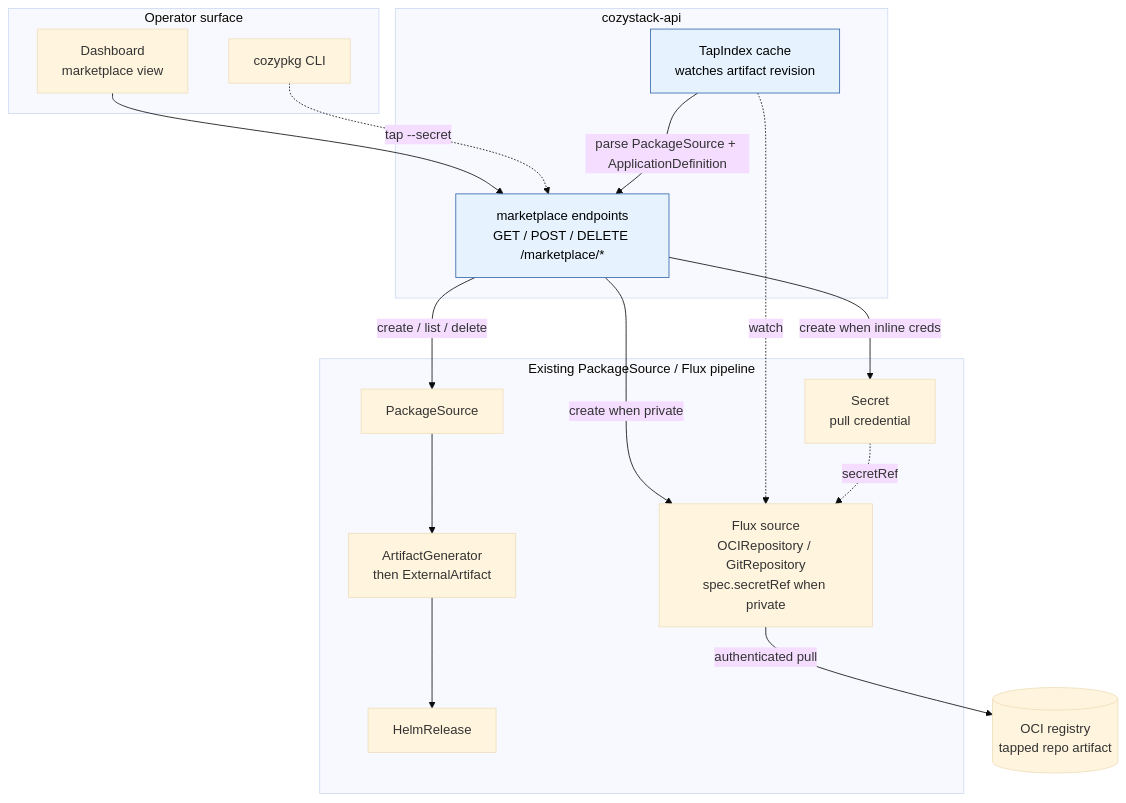
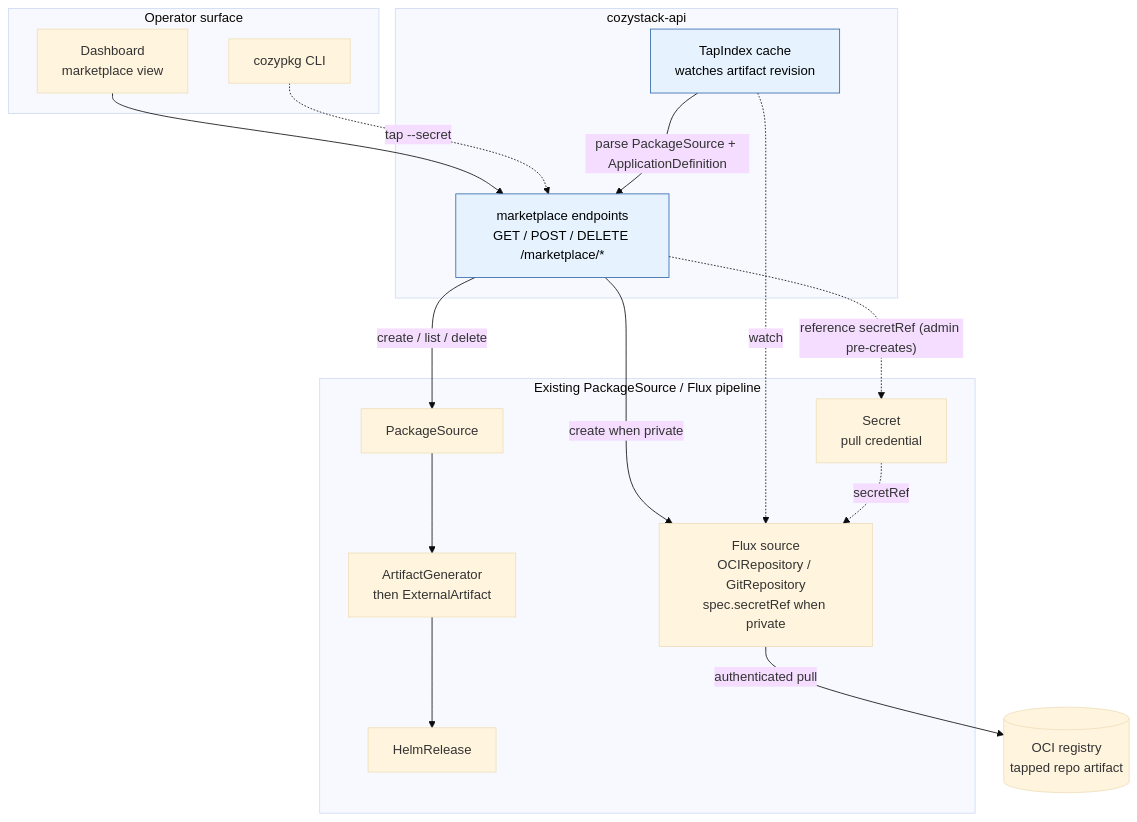
The first of 2 diagrams in design-proposals/cozymarketplace-supplementary/README.md (cozystack/community), drawn with Mermaid (base theme) before and after one commit. The commit also changed other lines of this file, not shown here.

````diff
--- a/design-proposals/cozymarketplace-supplementary/README.md
+++ b/design-proposals/cozymarketplace-supplementary/README.md
@@ -54,36 +54,36 @@
 ```mermaid
 flowchart TB
     subgraph clients["Operator surface"]
         ui["Dashboard<br/>marketplace view"]
         cli["cozypkg CLI"]
     end
 
     subgraph api["cozystack-api"]
         ep["marketplace endpoints<br/>GET / POST / DELETE /marketplace/*"]
         cache["TapIndex cache<br/>watches artifact revision"]
     end
 
     subgraph pipe["Existing PackageSource / Flux pipeline"]
         ps["PackageSource"]
         src["Flux source<br/>OCIRepository / GitRepository<br/>spec.secretRef when private"]
         sec["Secret<br/>pull credential"]
         ag["ArtifactGenerator<br/>then ExternalArtifact"]
         hr["HelmRelease"]
     end
 
     reg[("OCI registry<br/>tapped repo artifact")]
 
     ui --> ep
     cli -. "tap --secret" .-> ep
     ep -->|"create / list / delete"| ps
     ep -->|create when private| src
-    ep -->|create when inline creds| sec
+    ep -. "reference secretRef (admin pre-creates)" .-> sec
     cache -. watch .-> src
     cache -->|"parse PackageSource + ApplicationDefinition"| ep
     ps --> ag --> hr
     sec -. secretRef .-> src
     src -->|authenticated pull| reg
 
     classDef new fill:#e6f3ff,stroke:#3366aa,color:#000
     class ep,cache new
 ```
````
